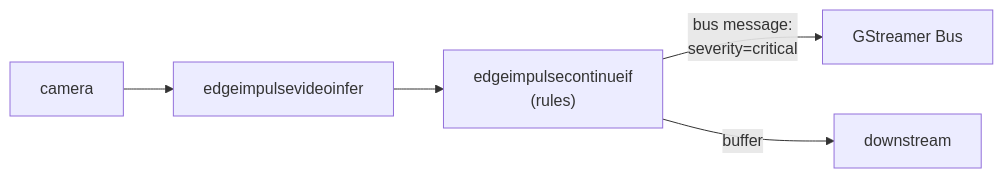
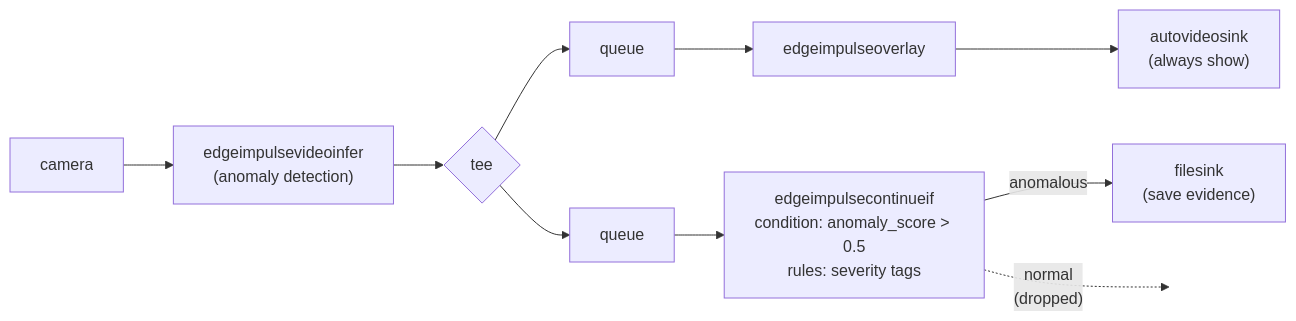
The sixth of 10 diagrams in README.md (edgeimpulse/gst-plugins-edgeimpulse), drawn with Mermaid before and after one commit. The commit also changed other lines of this file, not shown here.

````diff
--- a/README.md
+++ b/README.md
@@ -122,6 +122,10 @@
 ```mermaid
 graph LR
-    cam[camera] --> infer[edgeimpulsevideoinfer] --> gate["edgeimpulsecontinueif\n(rules)"]
-    gate -->|"bus message:\nseverity=critical"| bus["GStreamer Bus"]
-    gate -->|"buffer"| sink[downstream]
+    cam[camera] --> infer["edgeimpulsevideoinfer\n(anomaly detection)"] --> tee{tee}
+    tee --> q1[queue] --> overlay[edgeimpulseoverlay] --> display["autovideosink\n(always show)"]
+    tee --> q2[queue] --> gate["edgeimpulsecontinueif\ncondition: anomaly_score > 0.5\nrules: severity tags"]
+    gate -->|"anomalous"| record["filesink\n(save evidence)"]
+    gate -.->|"normal\n(dropped)"| X[ ]
+
+    style X fill:none,stroke:none
 ```
````
